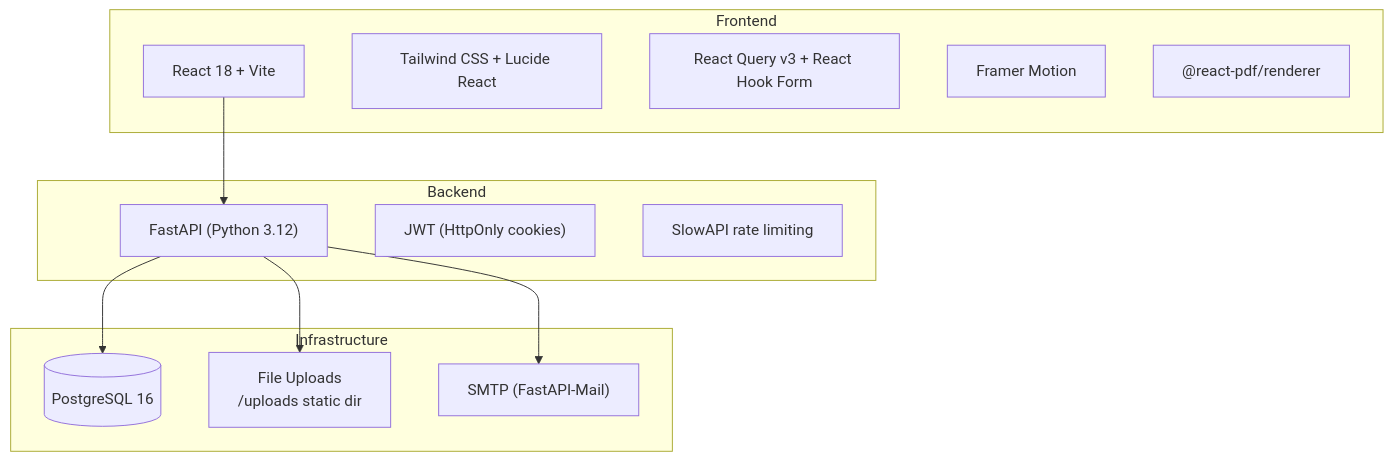
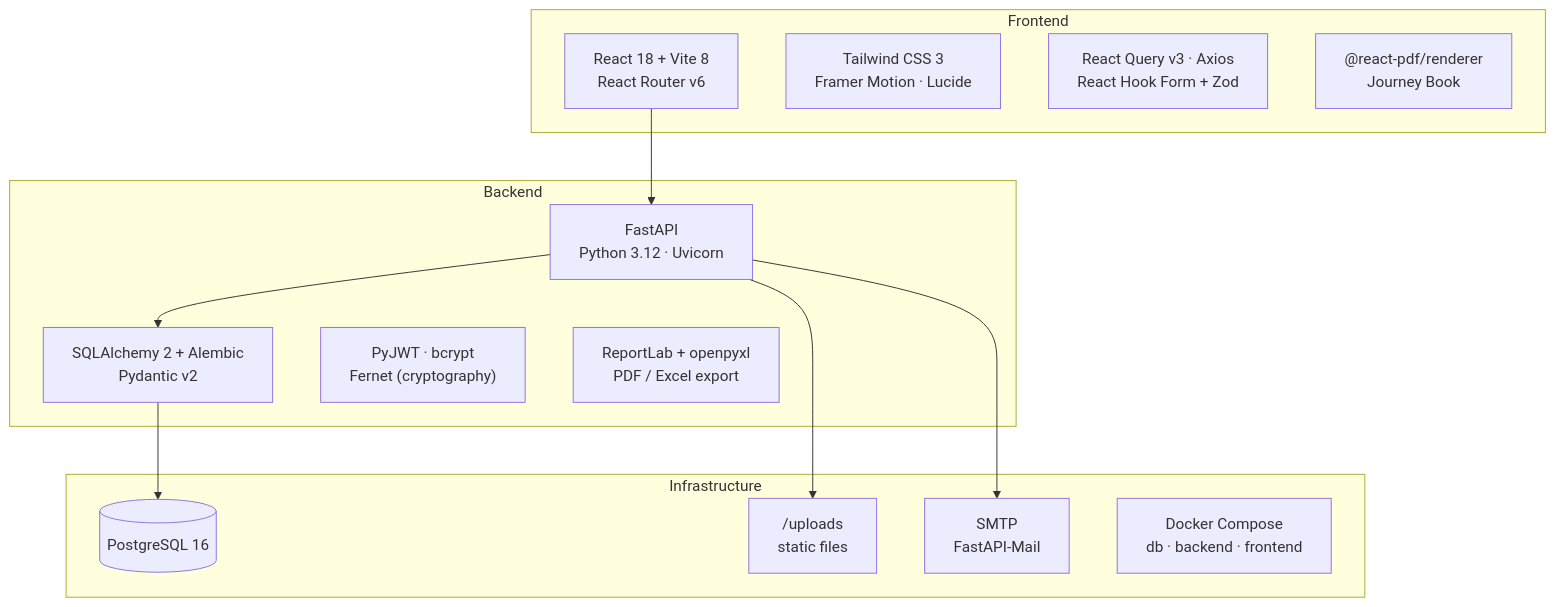
Before and after one commit to snsyaqirah/snsyaqirah.github.io: the first of 17 diagrams in portfolio-react/public/docs/planluhh.md, drawn with Mermaid. The commit also changed other lines of this file and 101 other files, not shown here.

````diff
--- a/portfolio-react/public/docs/planluhh.md
+++ b/portfolio-react/public/docs/planluhh.md
@@ -67,24 +79,26 @@
 ```mermaid
 graph TD
     subgraph Frontend
-        FE["React 18 + Vite"]
-        UI["Tailwind CSS + Lucide React"]
-        ST["React Query v3 + React Hook Form"]
-        AN["Framer Motion"]
-        PDF["@react-pdf/renderer"]
+        FE["React 18 + Vite 8<br/>React Router v6"]
+        UI["Tailwind CSS 3<br/>Framer Motion · Lucide"]
+        ST["React Query v3 · Axios<br/>React Hook Form + Zod"]
+        PDF["@react-pdf/renderer<br/>Journey Book"]
     end
     subgraph Backend
-        BE["FastAPI (Python 3.12)"]
-        AU["JWT (HttpOnly cookies)"]
-        RL["SlowAPI rate limiting"]
+        BE["FastAPI<br/>Python 3.12 · Uvicorn"]
+        ORM["SQLAlchemy 2 + Alembic<br/>Pydantic v2"]
+        SEC["PyJWT · bcrypt<br/>Fernet (cryptography)"]
+        EXP["ReportLab + openpyxl<br/>PDF / Excel export"]
     end
     subgraph Infrastructure
         DB[("PostgreSQL 16")]
-        UP["File Uploads\n/uploads static dir"]
-        ML["SMTP (FastAPI-Mail)"]
+        FS["/uploads<br/>static files"]
+        ML["SMTP<br/>FastAPI-Mail"]
+        DK["Docker Compose<br/>db · backend · frontend"]
     end
     FE --> BE
-    BE --> DB
+    BE --> ORM
+    ORM --> DB
+    BE --> FS
     BE --> ML
-    BE --> UP
 ```
````
